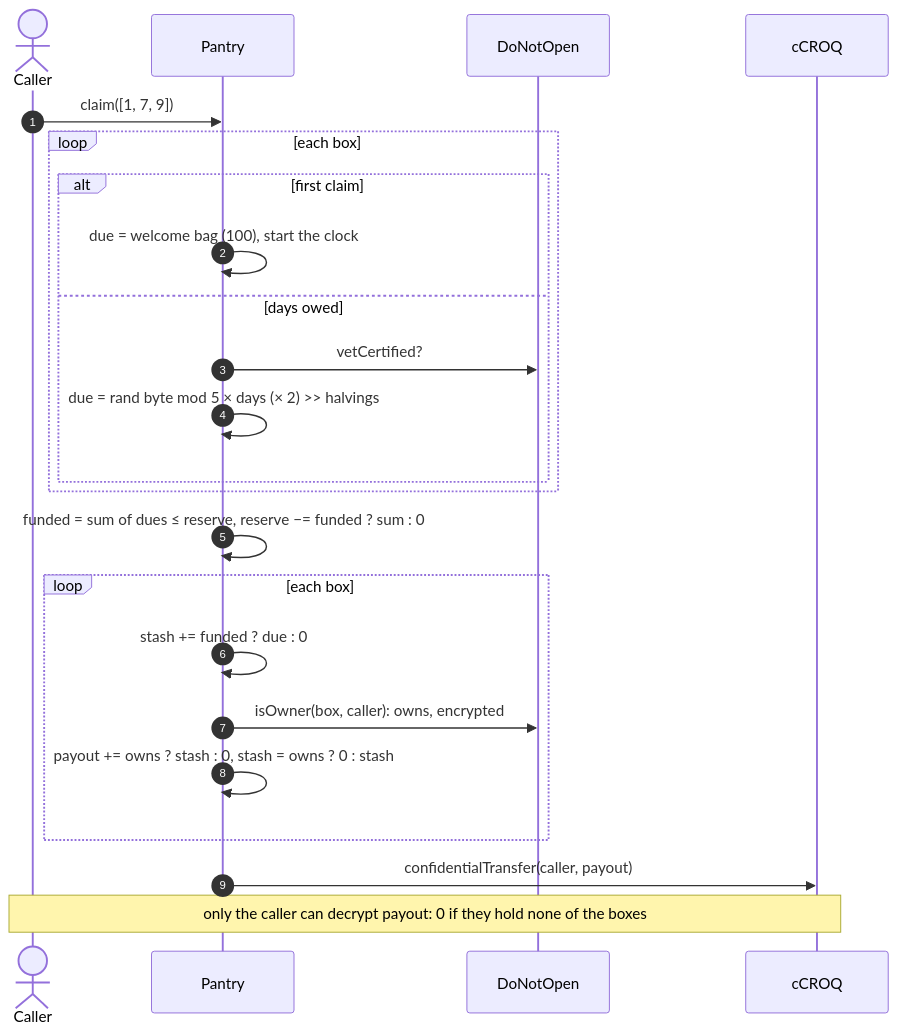
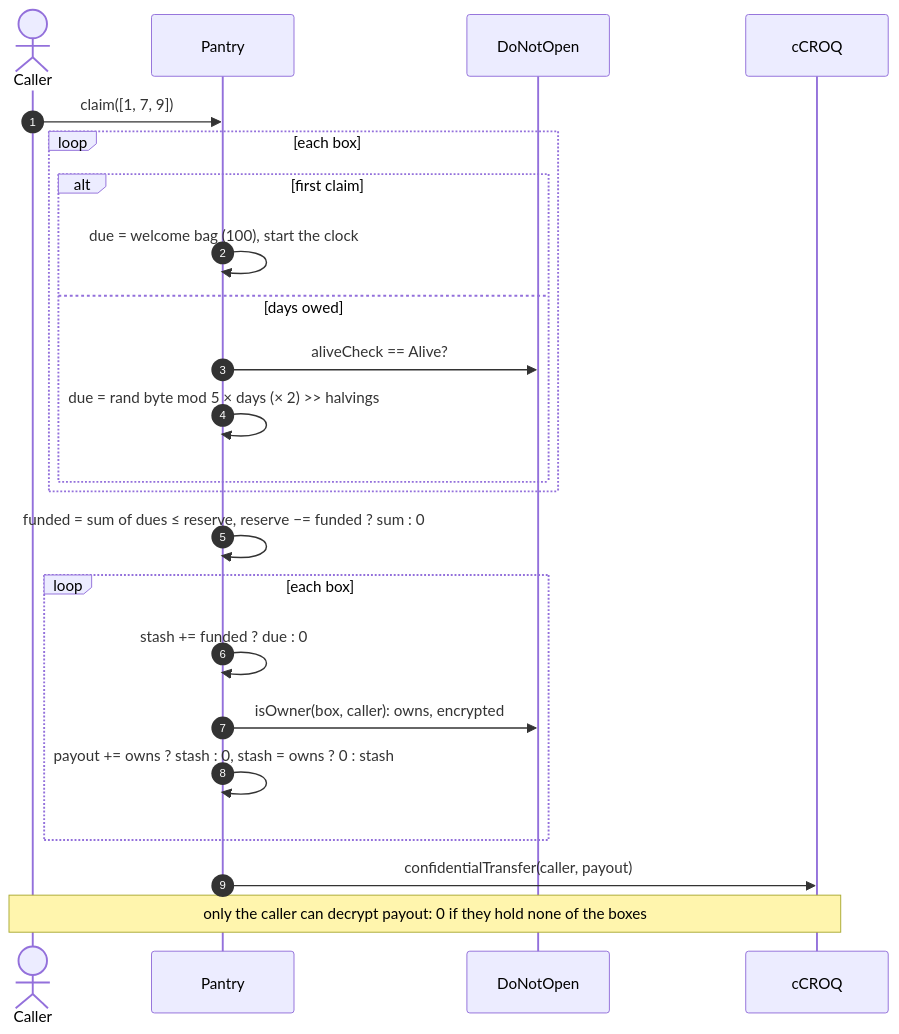
The fourth of 6 diagrams in docs/CROQ.md (jecombe/do_not_open), drawn with Mermaid before and after one commit. The commit also changed other lines of this file and 99 other files, not shown here.

````diff
--- a/docs/CROQ.md
+++ b/docs/CROQ.md
@@ -464,25 +464,25 @@
 ```mermaid
 sequenceDiagram
   autonumber
   actor H as Caller
   participant Pa as Pantry
   participant B as DoNotOpen
   participant W as cCROQ
   H->>Pa: claim([1, 7, 9])
   loop each box
     alt first claim
       Pa->>Pa: due = welcome bag (100), start the clock
     else days owed
-      Pa->>B: vetCertified?
+      Pa->>B: aliveCheck == Alive?
       Pa->>Pa: due = rand byte mod 5 × days (× 2) >> halvings
     end
   end
   Pa->>Pa: funded = sum of dues ≤ reserve, reserve −= funded ? sum : 0
   loop each box
     Pa->>Pa: stash += funded ? due : 0
     Pa->>B: isOwner(box, caller): owns, encrypted
     Pa->>Pa: payout += owns ? stash : 0, stash = owns ? 0 : stash
   end
   Pa->>W: confidentialTransfer(caller, payout)
   Note over H,W: only the caller can decrypt payout: 0 if they hold none of the boxes
 ```
````
